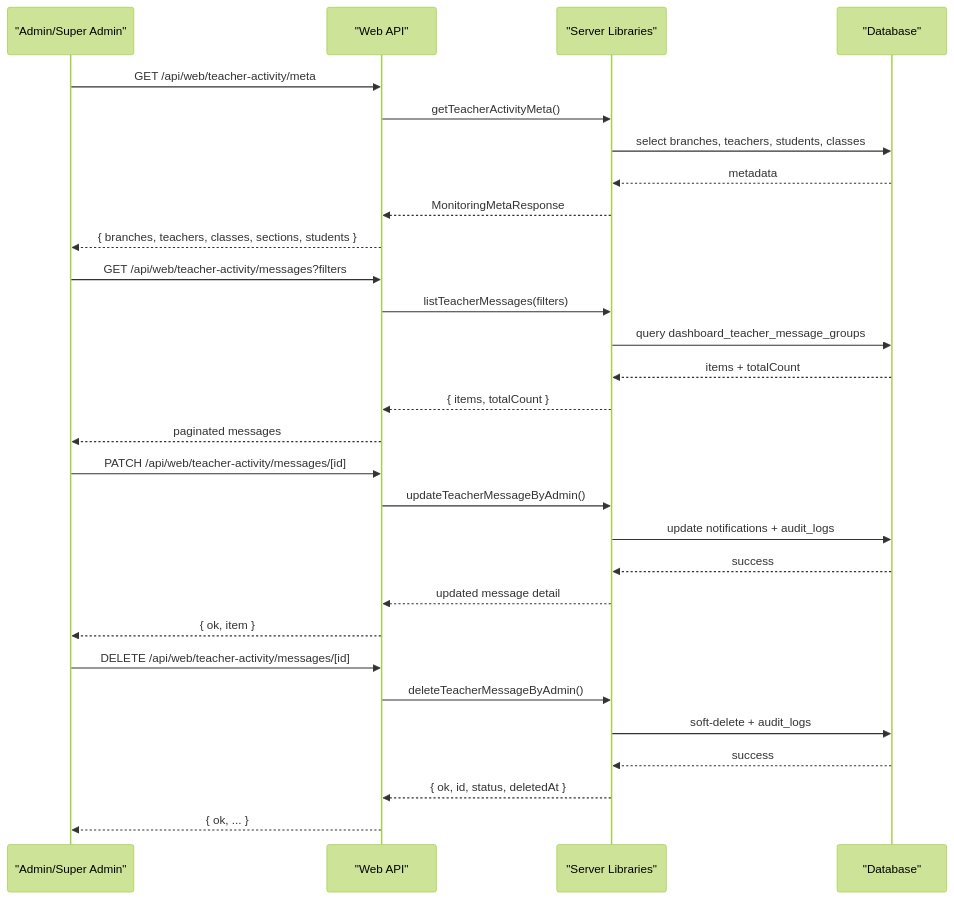
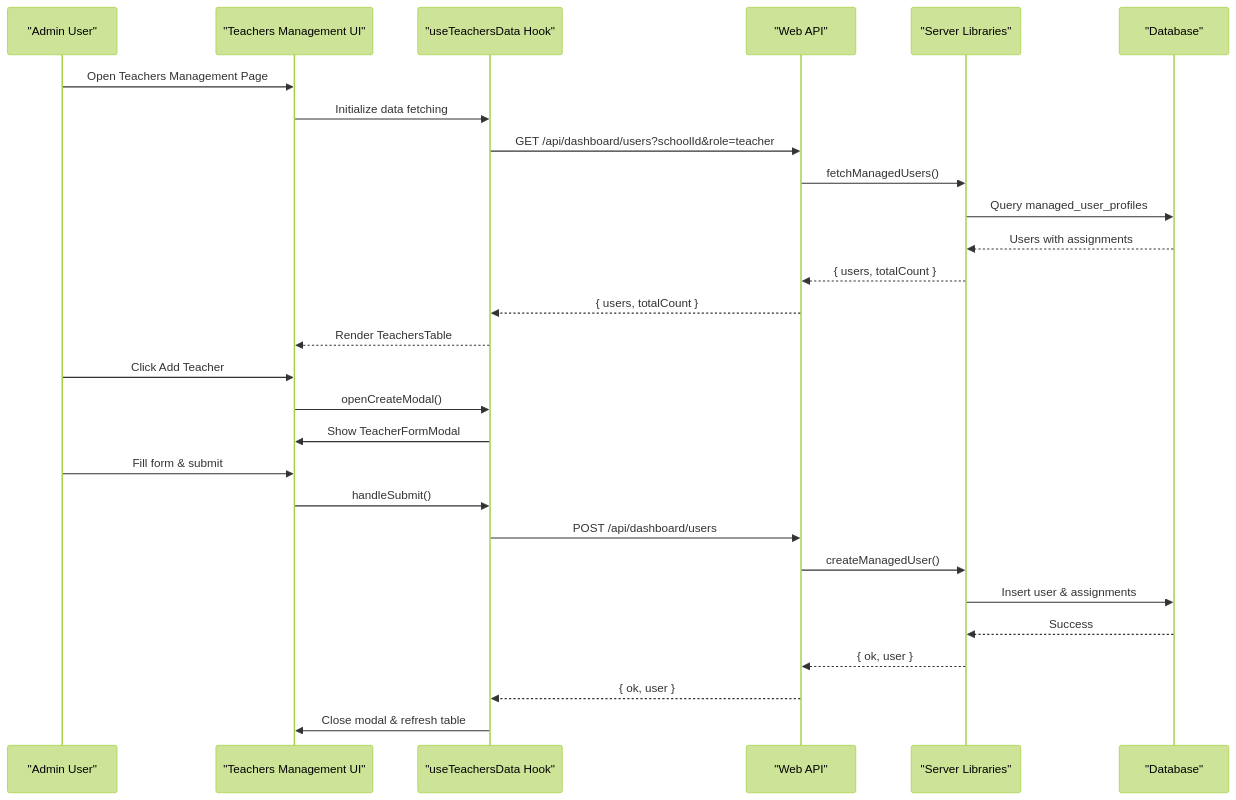
The second of 10 diagrams in .qoder/repowiki/en/content/Teacher Management/Teacher Management.md (mustafaalkusaj/appschoolmustafa2002), drawn with Mermaid (forest theme) before and after one commit. The commit also changed other lines of this file and 8 other files, not shown here.

````diff
--- a/.qoder/repowiki/en/content/Teacher Management/Teacher Management.md
+++ b/.qoder/repowiki/en/content/Teacher Management/Teacher Management.md
@@ -127,31 +164,30 @@
 ```mermaid
 sequenceDiagram
-participant Admin as "Admin/Super Admin"
+participant Admin as "Admin User"
+participant UI as "Teachers Management UI"
+participant Hook as "useTeachersData Hook"
 participant API as "Web API"
 participant Server as "Server Libraries"
 participant DB as "Database"
-Admin->>API : GET /api/web/teacher-activity/meta
-API->>Server : getTeacherActivityMeta()
-Server->>DB : select branches, teachers, students, classes
-DB-->>Server : metadata
-Server-->>API : MonitoringMetaResponse
-API-->>Admin : { branches, teachers, classes, sections, students }
-Admin->>API : GET /api/web/teacher-activity/messages?filters
-API->>Server : listTeacherMessages(filters)
-Server->>DB : query dashboard_teacher_message_groups
-DB-->>Server : items + totalCount
-Server-->>API : { items, totalCount }
-API-->>Admin : paginated messages
-Admin->>API : PATCH /api/web/teacher-activity/messages/[id]
-API->>Server : updateTeacherMessageByAdmin()
-Server->>DB : update notifications + audit_logs
-DB-->>Server : success
-Server-->>API : updated message detail
-API-->>Admin : { ok, item }
-Admin->>API : DELETE /api/web/teacher-activity/messages/[id]
-API->>Server : deleteTeacherMessageByAdmin()
-Server->>DB : soft-delete + audit_logs
-DB-->>Server : success
-Server-->>API : { ok, id, status, deletedAt }
-API-->>Admin : { ok, ... }
+Admin->>UI : Open Teachers Management Page
+UI->>Hook : Initialize data fetching
+Hook->>API : GET /api/dashboard/users?schoolId&role=teacher
+API->>Server : fetchManagedUsers()
+Server->>DB : Query managed_user_profiles
+DB-->>Server : Users with assignments
+Server-->>API : { users, totalCount }
+API-->>Hook : { users, totalCount }
+Hook-->>UI : Render TeachersTable
+Admin->>UI : Click Add Teacher
+UI->>Hook : openCreateModal()
+Hook->>UI : Show TeacherFormModal
+Admin->>UI : Fill form & submit
+UI->>Hook : handleSubmit()
+Hook->>API : POST /api/dashboard/users
+API->>Server : createManagedUser()
+Server->>DB : Insert user & assignments
+DB-->>Server : Success
+Server-->>API : { ok, user }
+API-->>Hook : { ok, user }
+Hook->>UI : Close modal & refresh table
 ```
````
